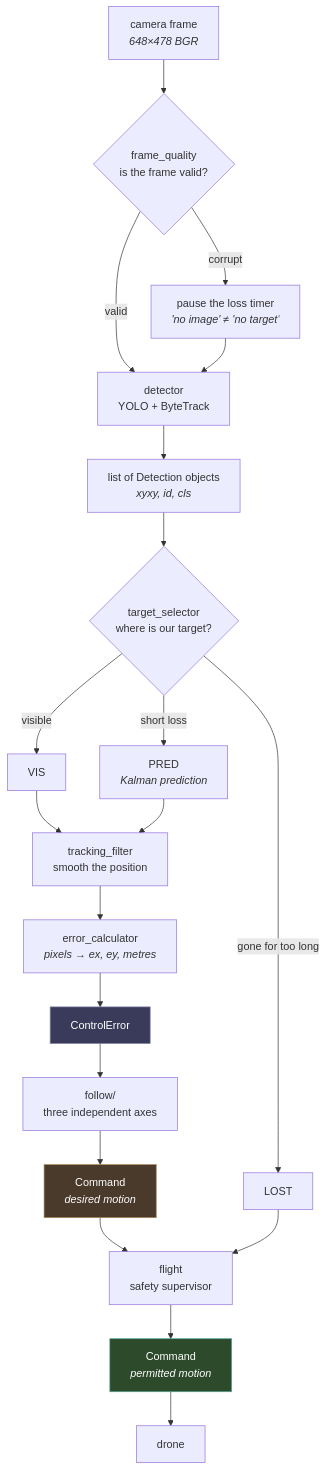
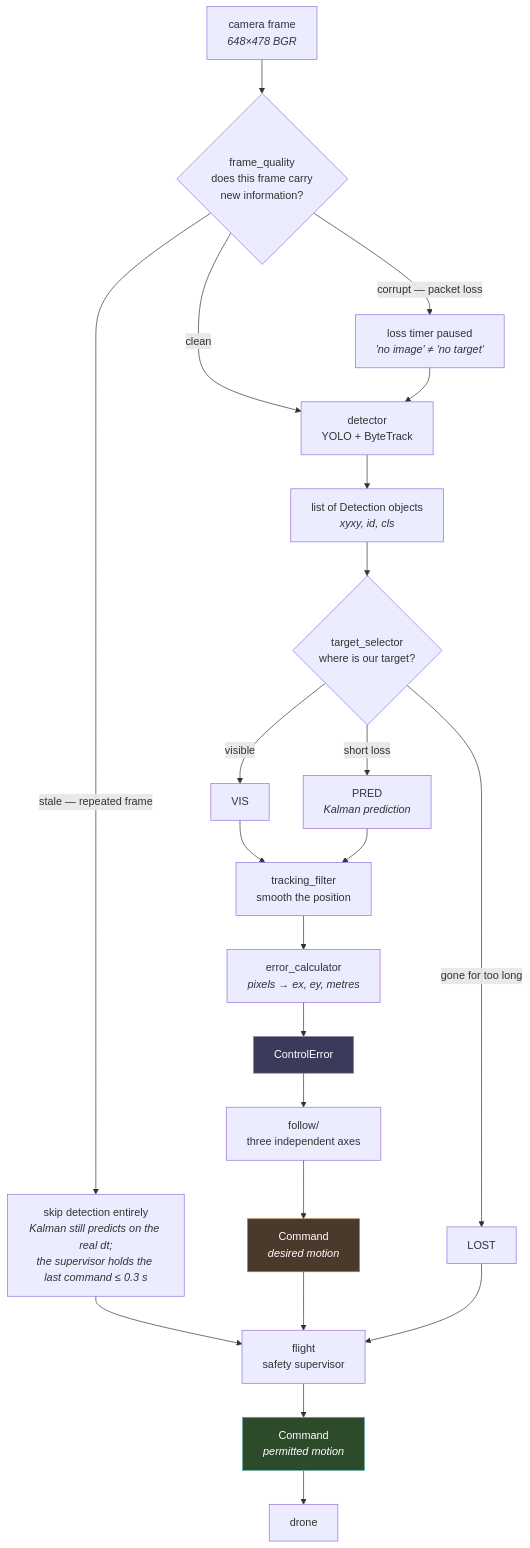
The second of 2 diagrams in docs/architecture.md (kyryloharbuz/avis), drawn with Mermaid before and after one commit. The commit also changed other lines of this file and 1 other file, not shown here.

````diff
--- a/docs/architecture.md
+++ b/docs/architecture.md
@@ -63,26 +63,28 @@
 ```mermaid
 flowchart TD
-    A["camera frame<br/><i>648×478 BGR</i>"] --> B{"frame_quality<br/>is the frame valid?"}
-    B -->|"corrupt"| B2["pause the loss timer<br/><i>'no image' ≠ 'no target'</i>"]
-    B -->|"valid"| C["detector<br/>YOLO + ByteTrack"]
+    A["camera frame<br/><i>648×478 BGR</i>"] --> B{"frame_quality<br/>does this frame carry<br/>new information?"}
+    B -->|"stale — repeated frame"| S["skip detection entirely<br/><i>Kalman still predicts on the real dt;<br/>the supervisor holds the last command ≤ 0.3 s</i>"]
+    B -->|"corrupt — packet loss"| B2["loss timer paused<br/><i>'no image' ≠ 'no target'</i>"]
+    B -->|"clean"| C["detector<br/>YOLO + ByteTrack"]
     B2 --> C
+    S --> N
     C --> D["list of Detection objects<br/><i>xyxy, id, cls</i>"]
     D --> E{"target_selector<br/>where is our target?"}
     E -->|"visible"| F["VIS"]
     E -->|"short loss"| G["PRED<br/><i>Kalman prediction</i>"]
     E -->|"gone for too long"| H["LOST"]
     F --> I["tracking_filter<br/>smooth the position"]
     G --> I
     I --> J["error_calculator<br/><i>pixels → ex, ey, metres</i>"]
     J --> K["ControlError"]
     K --> L["follow/<br/>three independent axes"]
     L --> M["Command<br/><i>desired motion</i>"]
     M --> N["flight<br/>safety supervisor"]
     N --> O["Command<br/><i>permitted motion</i>"]
     O --> P["drone"]
     H --> N
 
     style M fill:#4a3a2b,stroke:#a85,color:#fff
     style O fill:#2d4a2b,stroke:#5a9,color:#fff
     style K fill:#3a3a5a,stroke:#88a,color:#fff
 ```
````
